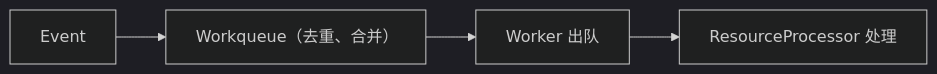
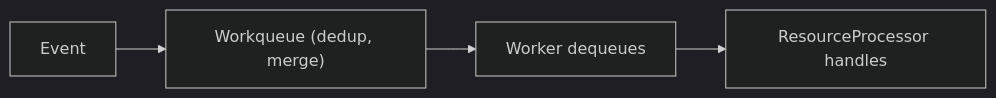
One commit to Pandaala/Edgion changed the first of 4 diagrams in skills/01-architecture/05-resources/00-resource-flow.md. Above: the diagram before and after it, drawn with Mermaid (dark theme). The commit also changed other lines of this file and 1373 other files, not shown here.

````diff
--- a/skills/01-architecture/05-resources/00-resource-flow.md
+++ b/skills/01-architecture/05-resources/00-resource-flow.md
@@ -23,6 +23,6 @@
 ```mermaid
 flowchart LR
-    A[Event] --> B["Workqueue（去重、合并）"]
-    B --> C[Worker 出队]
-    C --> D[ResourceProcessor 处理]
+    A[Event] --> B["Workqueue (dedup, merge)"]
+    B --> C[Worker dequeues]
+    C --> D[ResourceProcessor handles]
 ```
````
